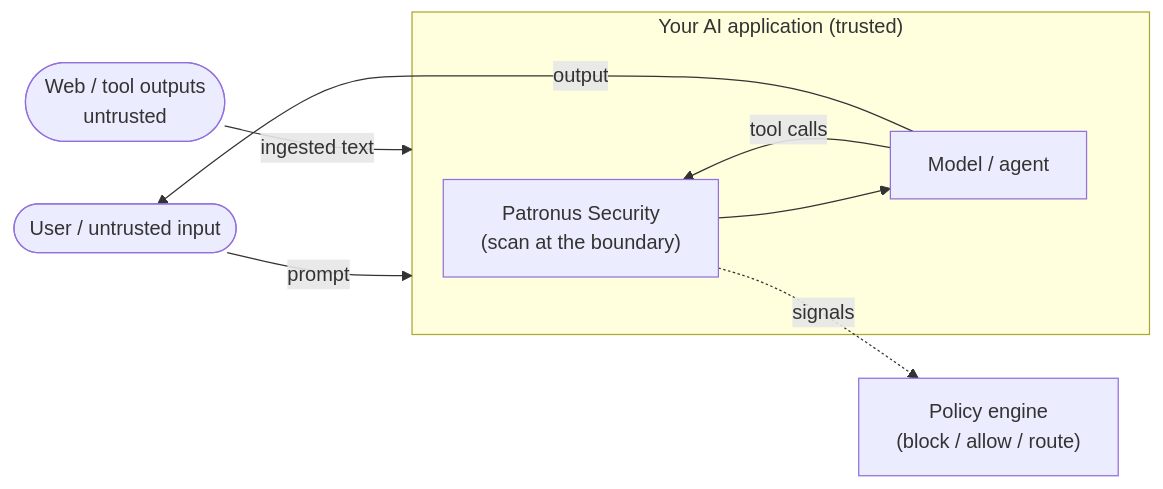
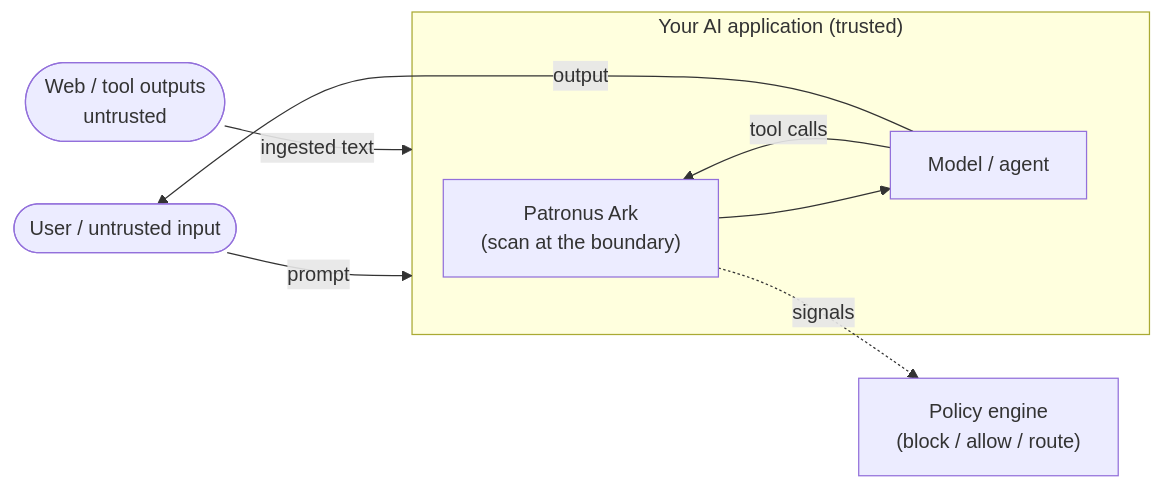
Before and after one commit to patronus-protect/patronus-security: the diagram in docs/concepts/threat-model.md, drawn with Mermaid. The commit also changed other lines of this file and 32 other files, not shown here.

````diff
--- a/docs/concepts/threat-model.md
+++ b/docs/concepts/threat-model.md
@@ -34,13 +34,13 @@
 ```mermaid
 flowchart LR
     U([User / untrusted input]) -->|prompt| APP
     WEB([Web / tool outputs<br/>untrusted]) -->|ingested text| APP
     subgraph APP["Your AI application (trusted)"]
-        SCAN["Patronus Security<br/>(scan at the boundary)"]
+        SCAN["Patronus Ark<br/>(scan at the boundary)"]
         AGENT["Model / agent"]
         SCAN --> AGENT
         AGENT -->|tool calls| SCAN
     end
     AGENT -->|output| U
     SCAN -.signals.-> POLICY["Policy engine<br/>(block / allow / route)"]
 ```
````
